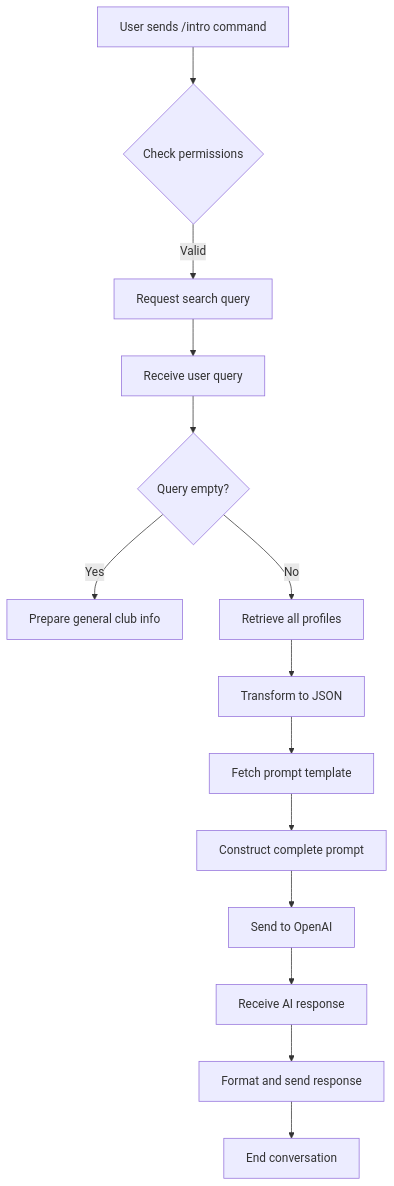
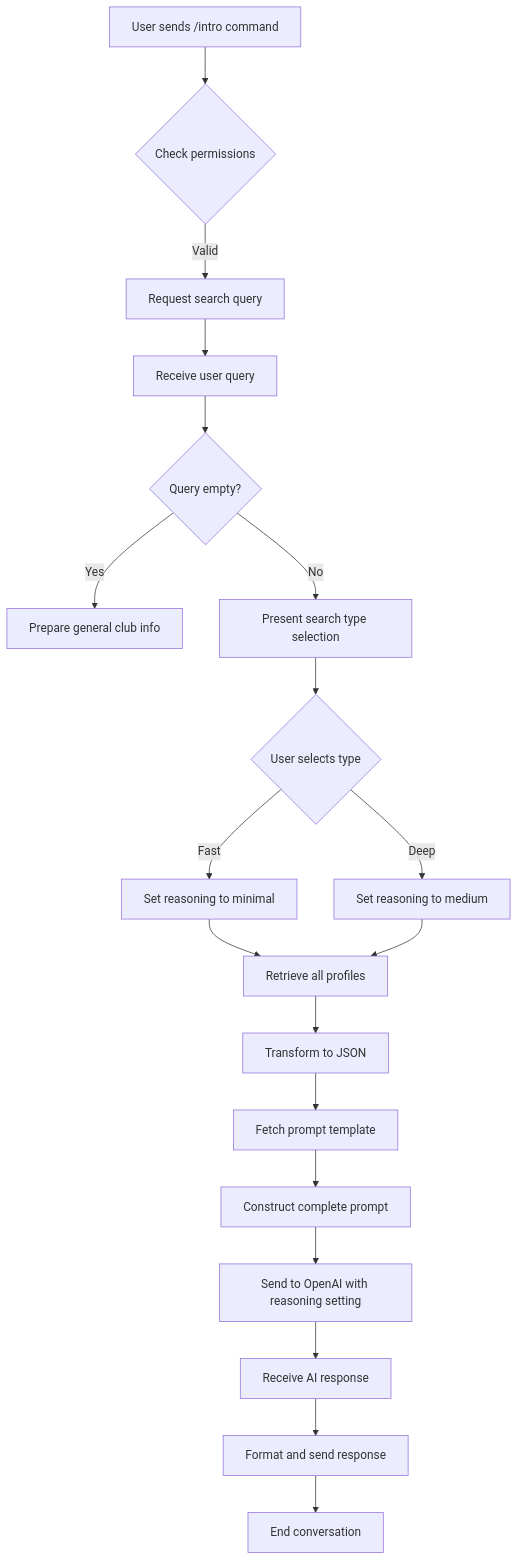
Before and after one commit to it-beard/evo-bot-go: the first of 7 diagrams in .qoder/repowiki/en/content/AI-Powered Search/Member Introduction Search.md, drawn with Mermaid. The commit also changed other lines of this file and 14 other files, not shown here.

First line of the commit message:
feat(search): add search type selection with fast and deep options to all search handlers

````diff
--- a/.qoder/repowiki/en/content/AI-Powered Search/Member Introduction Search.md
+++ b/.qoder/repowiki/en/content/AI-Powered Search/Member Introduction Search.md
@@ -46,16 +48,21 @@
 ```mermaid
 flowchart TD
 A[User sends /intro command] --> B{Check permissions}
 B --> |Valid| C[Request search query]
 C --> D[Receive user query]
 D --> E{Query empty?}
 E --> |Yes| F[Prepare general club info]
-E --> |No| G[Retrieve all profiles]
-G --> H[Transform to JSON]
-H --> I[Fetch prompt template]
-I --> J[Construct complete prompt]
-J --> K[Send to OpenAI]
-K --> L[Receive AI response]
-L --> M[Format and send response]
-M --> N[End conversation]
+E --> |No| G[Present search type selection]
+G --> H{User selects type}
+H --> |Fast| I[Set reasoning to minimal]
+H --> |Deep| J[Set reasoning to medium]
+I --> K[Retrieve all profiles]
+J --> K
+K --> L[Transform to JSON]
+L --> M[Fetch prompt template]
+M --> N[Construct complete prompt]
+N --> O[Send to OpenAI with reasoning setting]
+O --> P[Receive AI response]
+P --> Q[Format and send response]
+Q --> R[End conversation]
 ```
````
